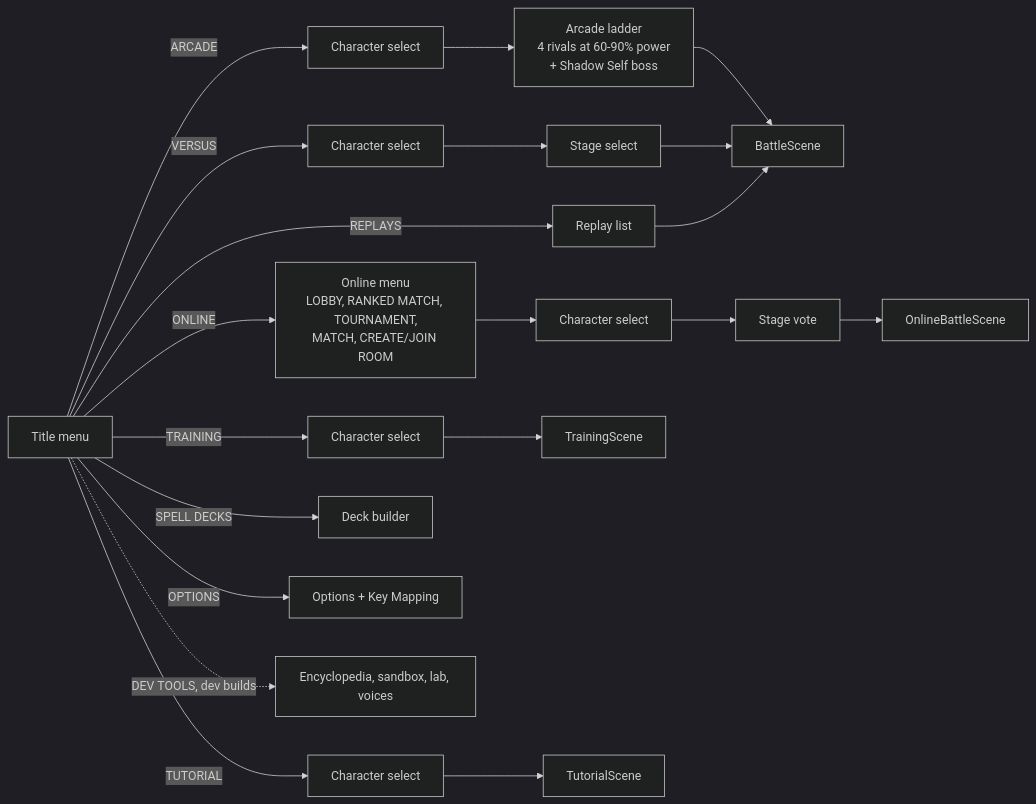
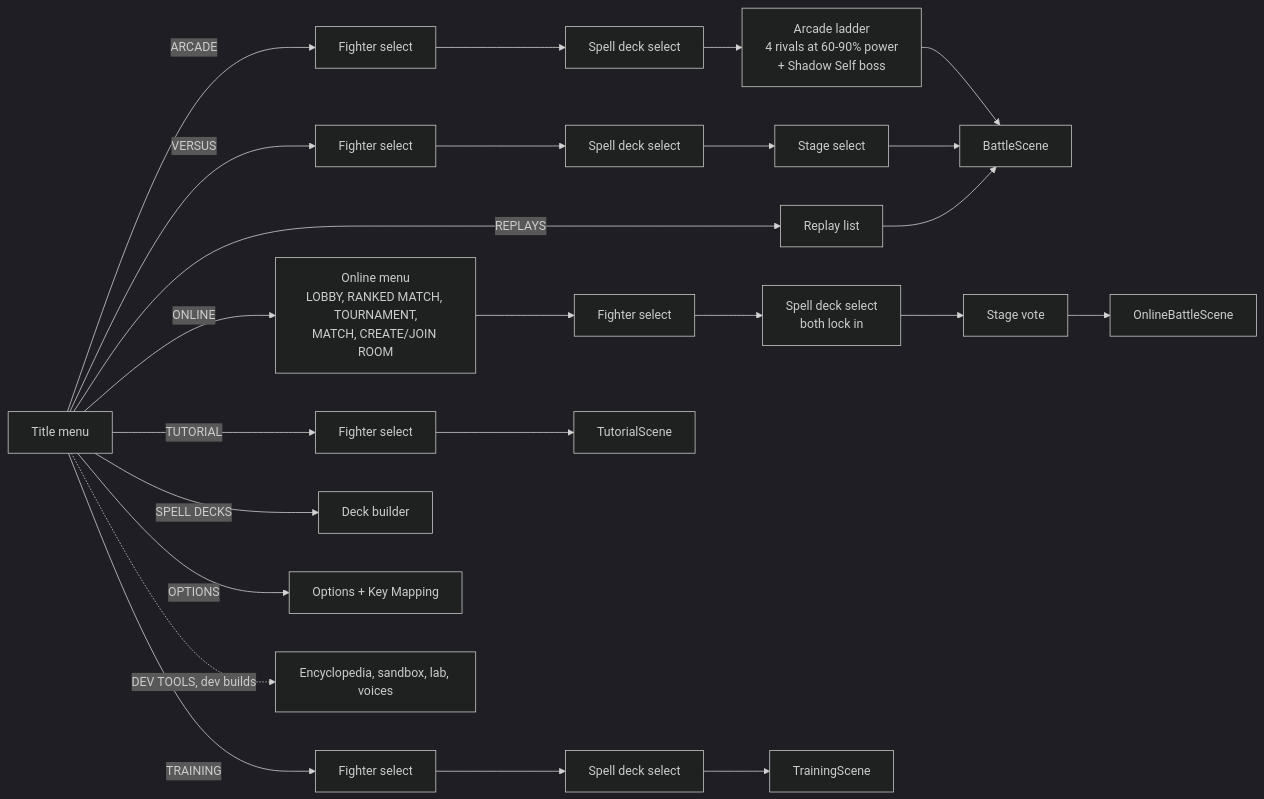
Diagram 11 of 19 in docs/ARCHITECTURE.md (WesleyT4N/spell-vs-steel), drawn with Mermaid (dark theme) before and after one commit. The commit also changed other lines of this file, not shown here.

Commit message:
Architecture doc: pre-match flow with spell deck select (#69), main b89f8df
Claude-Session: https://claude.ai/code/session_014bZUFZYihpuJtrquLSpunr

````diff
--- a/docs/ARCHITECTURE.md
+++ b/docs/ARCHITECTURE.md
@@ -287,13 +287,13 @@
 ```mermaid
 flowchart LR
   title[Title menu]
-  title -- ARCADE --> cs0[Character select] --> ar["Arcade ladder<br/>4 rivals at 60-90% power<br/>+ Shadow Self boss"] --> bs
-  title -- VERSUS --> cs1[Character select] --> ss1[Stage select] --> bs[BattleScene]
-  title -- ONLINE --> om["Online menu<br/>LOBBY, RANKED MATCH, TOURNAMENT,<br/>MATCH, CREATE/JOIN ROOM"] --> cs2[Character select] --> ss2[Stage vote] --> ob[OnlineBattleScene]
+  title -- ARCADE --> cs0[Fighter select] --> dk0[Spell deck select] --> ar["Arcade ladder<br/>4 rivals at 60-90% power<br/>+ Shadow Self boss"] --> bs
+  title -- VERSUS --> cs1[Fighter select] --> dk1[Spell deck select] --> ss1[Stage select] --> bs[BattleScene]
+  title -- ONLINE --> om["Online menu<br/>LOBBY, RANKED MATCH, TOURNAMENT,<br/>MATCH, CREATE/JOIN ROOM"] --> cs2[Fighter select] --> dk2["Spell deck select<br/>both lock in"] --> ss2[Stage vote] --> ob[OnlineBattleScene]
   title -- REPLAYS --> rp[Replay list] --> bs
-  title -- TRAINING --> cs3[Character select] --> tr[TrainingScene]
-  title -- TUTORIAL --> cs4[Character select] --> tu[TutorialScene]
+  title -- TRAINING --> cs3[Fighter select] --> dk3[Spell deck select] --> tr[TrainingScene]
+  title -- TUTORIAL --> cs4[Fighter select] --> tu[TutorialScene]
   title -- SPELL DECKS --> db[Deck builder]
   title -- OPTIONS --> op[Options + Key Mapping]
   title -. DEV TOOLS, dev builds .-> dev[Encyclopedia, sandbox, lab, voices]
 ```
````
